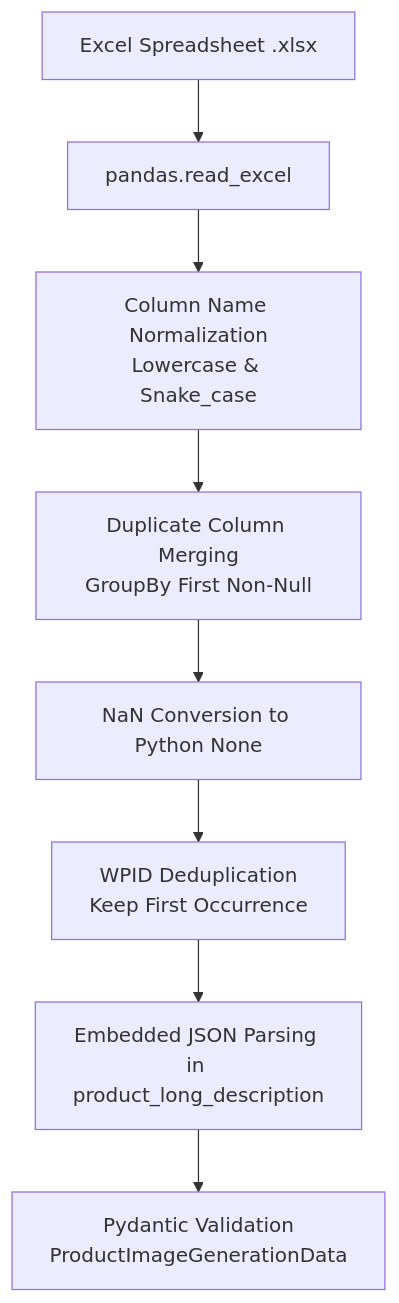
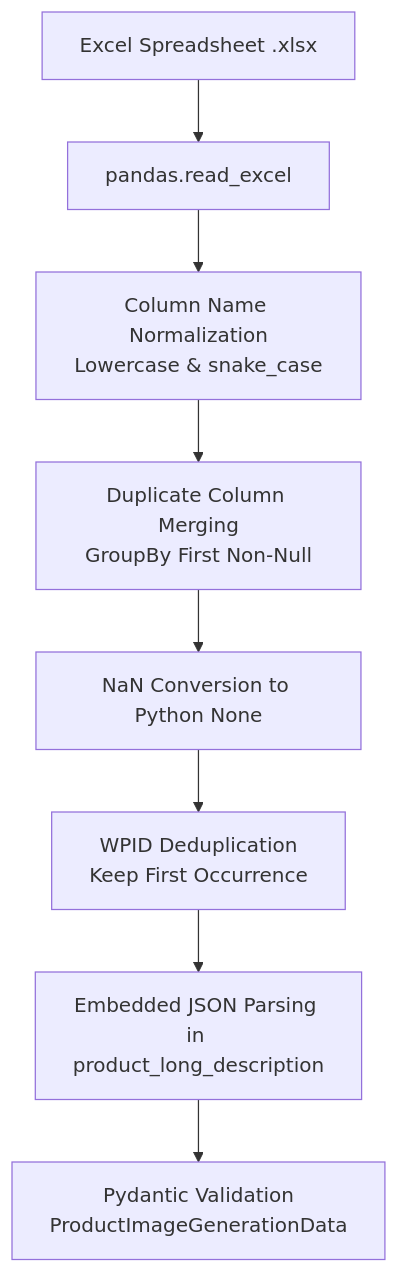
The diagram in docs/workflow/ingestion.md (rrmcguinness/product-gen), drawn with Mermaid before and after one commit. The commit also changed 19 other files, not shown here.

````diff
--- a/docs/workflow/ingestion.md
+++ b/docs/workflow/ingestion.md
@@ -9,10 +9,10 @@
 ```mermaid
 graph TD
-    A[Excel Spreadsheet .xlsx] --> B[pandas.read_excel]
-    B --> C[Column Name Normalization\nLowercase & Snake_case]
-    C --> D[Duplicate Column Merging\nGroupBy First Non-Null]
-    D --> E[NaN Conversion to Python None]
-    E --> F[WPID Deduplication\nKeep First Occurrence]
-    F --> G[Embedded JSON Parsing in product_long_description]
-    G --> H[Pydantic Validation\nProductImageGenerationData]
+    A["Excel Spreadsheet .xlsx"] --> B["pandas.read_excel"]
+    B --> C["Column Name Normalization<br/>Lowercase & snake_case"]
+    C --> D["Duplicate Column Merging<br/>GroupBy First Non-Null"]
+    D --> E["NaN Conversion to Python None"]
+    E --> F["WPID Deduplication<br/>Keep First Occurrence"]
+    F --> G["Embedded JSON Parsing in product_long_description"]
+    G --> H["Pydantic Validation<br/>ProductImageGenerationData"]
 ```
````
